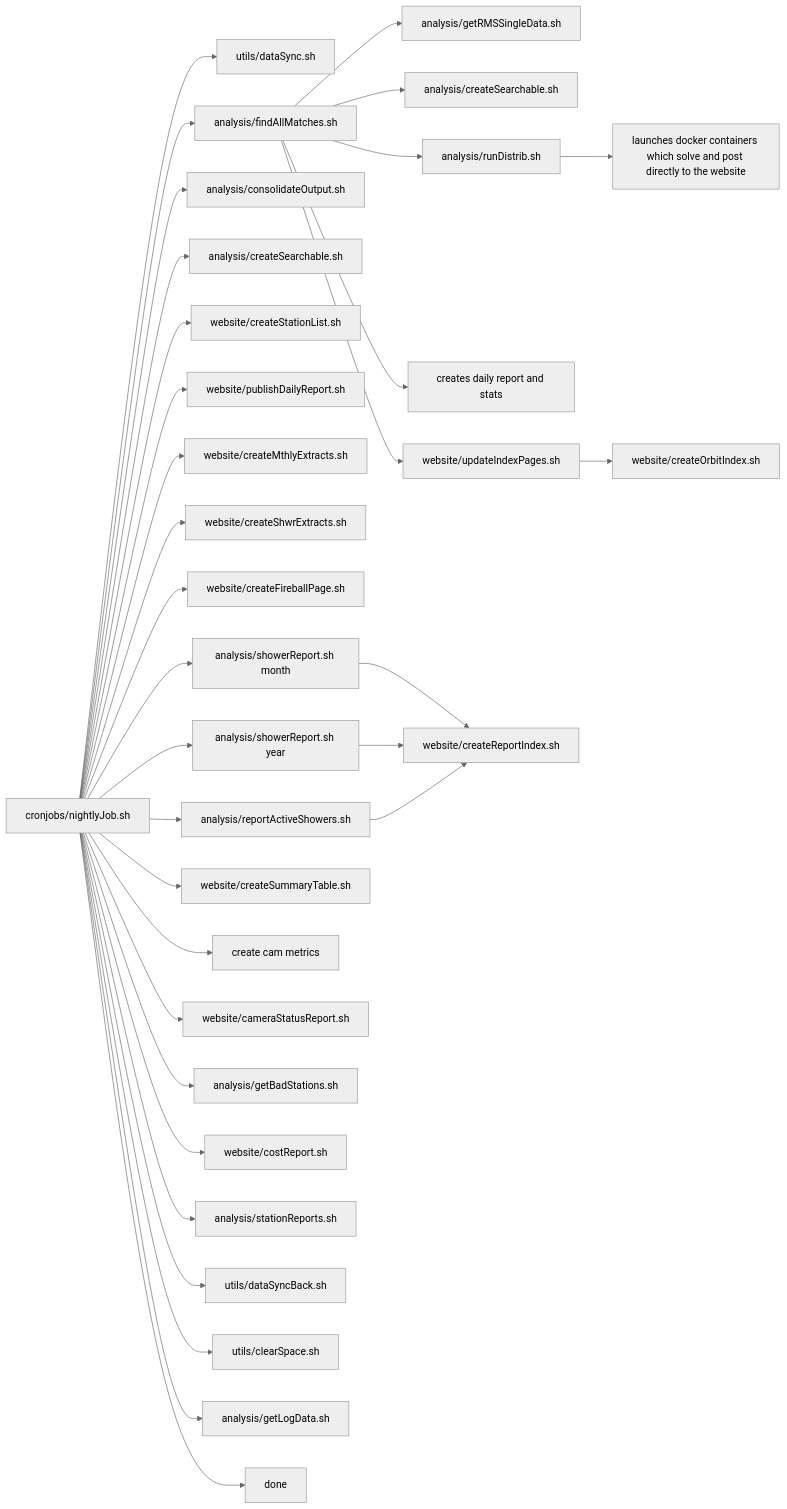
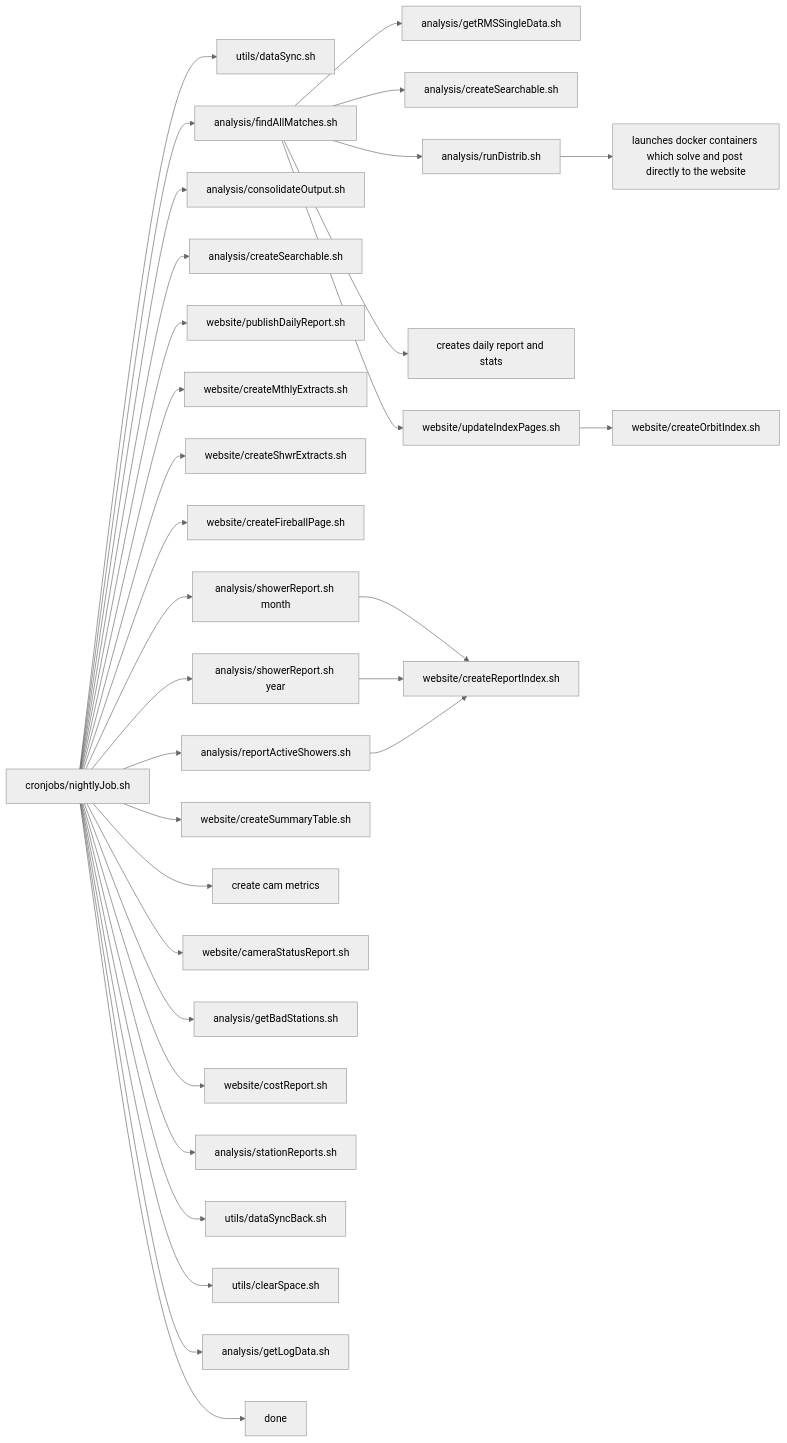
One commit to ukmda/ukmda-dataprocessing changed the fourth of 4 diagrams in archive/README.md. Above: the diagram before and after it, drawn with Mermaid (neutral theme). The commit also changed other lines of this file and 1 other file, not shown here.

````diff
--- a/archive/README.md
+++ b/archive/README.md
@@ -80,38 +79,37 @@
 ```mermaid
     flowchart LR
 
     nightly[cronjobs/nightlyJob.sh] --> datasync[utils/dataSync.sh]
     nightly --> findmatches[analysis/findAllMatches.sh]
     findmatches --> rmssngl[analysis/getRMSSingleData.sh]
     findmatches --> srchabl[analysis/createSearchable.sh]
     findmatches --> rundist[analysis/runDistrib.sh]
     rundist --> trajcont[launches docker containers which solve and post directly to the website]
     findmatches --> daily[creates daily report and stats]
     findmatches --> indexes[website/updateIndexPages.sh]
     indexes --> orbidx[website/createOrbitIndex.sh]
     nightly --> consol[analysis/consolidateOutput.sh]
     nightly --> srch2[analysis/createSearchable.sh]
-    nightly --> statlist[website/createStationList.sh]
     nightly --> pubrep[website/publishDailyReport.sh]
     nightly --> mthly[website/createMthlyExtracts.sh]
     nightly --> shwr[website/createShwrExtracts.sh]
     nightly --> fireb[website/createFireballPage.sh]
     nightly --> swrepm[analysis/showerReport.sh month]
     swrepm --> repidx[website/createReportIndex.sh]
     nightly --> swrepy[analysis/showerReport.sh year]
     swrepy --> repidx[website/createReportIndex.sh]
     nightly --> activ[analysis/reportActiveShowers.sh]
     activ --> repidx[website/createReportIndex.sh]
     nightly --> summary[website/createSummaryTable.sh]
     nightly --> cammets[create cam metrics]
     nightly --> camstat[website/cameraStatusReport.sh]
     nightly --> statstat[analysis/getBadStations.sh]
     nightly --> costs[website/costReport.sh]
     nightly --> statreps[analysis/stationReports.sh]
     nightly --> databack[utils/dataSyncBack.sh ]
     nightly --> clearsp[utils/clearSpace.sh ]
     nightly --> getlogs[analysis/getLogData.sh]
     nightly --> done[done]
 
 
 ```
````
